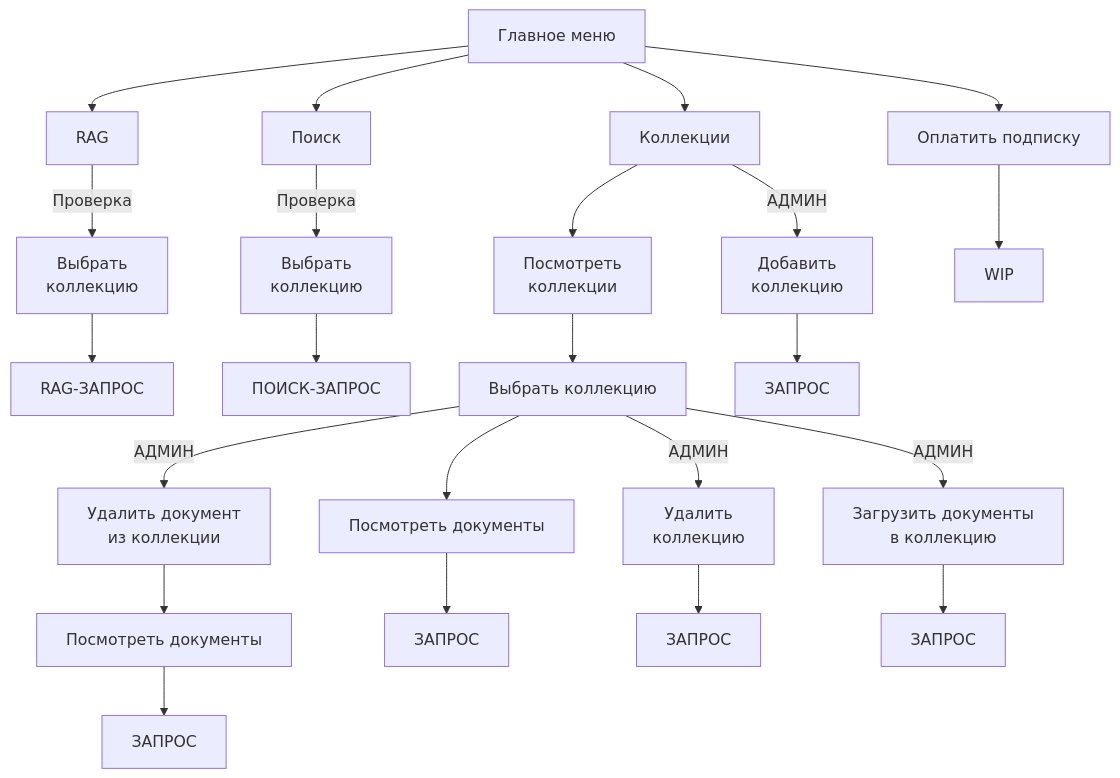
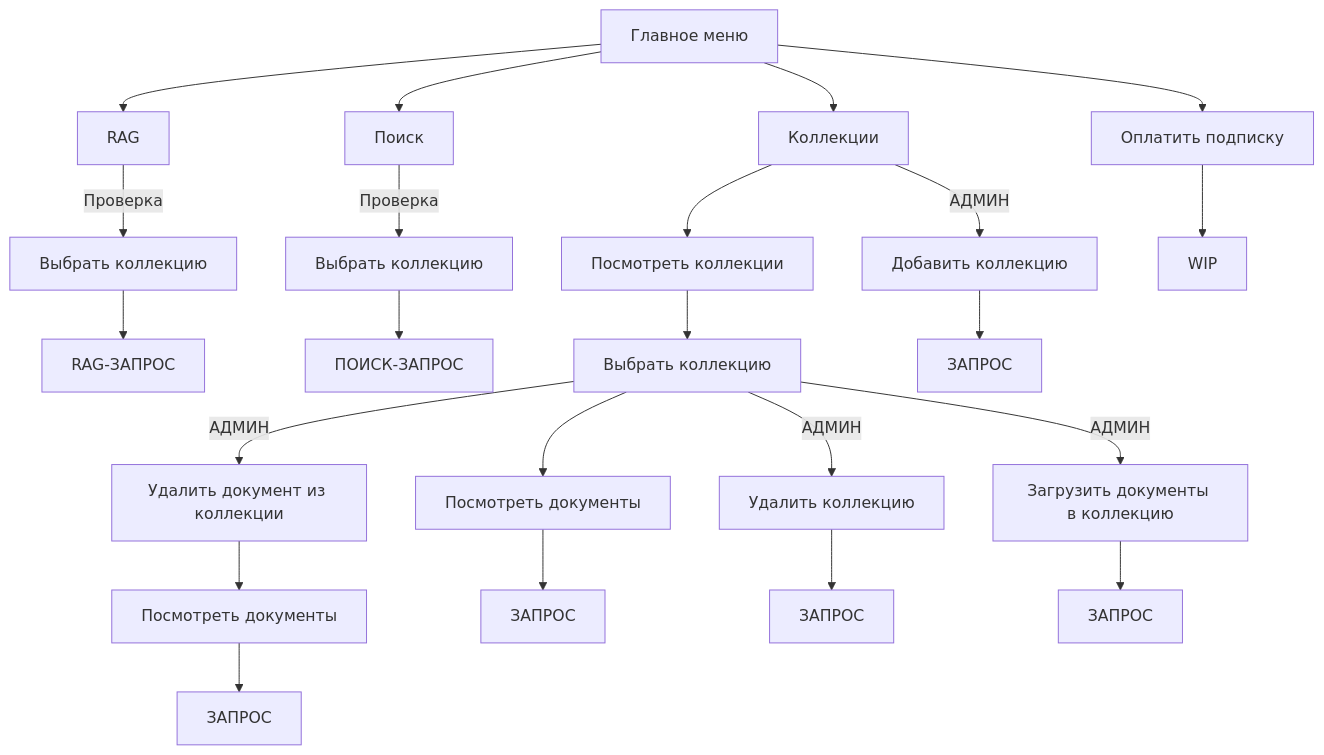
The diagram in docs/UserScheme.md (greathouseholder/final_project), drawn with Mermaid before and after one commit.

````diff
--- a/docs/UserScheme.md
+++ b/docs/UserScheme.md
@@ -5,25 +5,25 @@
 ```mermaid
 graph TD
   A[Главное меню] --> B[RAG]
-  B --> |Проверка| F[Выбрать\nколлекцию]
+  B --> |Проверка| F[Выбрать коллекцию]
   F --> G1[RAG-ЗАПРОС]
   A --> I[Поиск]
-  I --> |Проверка| J[Выбрать\nколлекцию]
+  I --> |Проверка| J[Выбрать коллекцию]
   J --> K[ПОИСК-ЗАПРОС]
   A --> L[Коллекции]
-  L --> M[Посмотреть\nколлекции]
+  L --> M[Посмотреть коллекции]
   M --> Z[Выбрать коллекцию]
-  L --> |АДМИН| N[Добавить\nколлекцию]
-  Z --> |АДМИН| O[Удалить\nколлекцию]
-  Z --> |АДМИН| P[Загрузить документы\nв коллекцию]
-  Z --> |АДМИН| Q[Удалить документ\nиз коллекции]
+  L --> |АДМИН| N[Добавить коллекцию]
+  Z --> |АДМИН| O[Удалить коллекцию]
+  Z --> |АДМИН| P[Загрузить документы в коллекцию]
+  Z --> |АДМИН| Q[Удалить документ из коллекции]
   Q --> R2.1[Посмотреть документы]
   Z --> R1.1[Посмотреть документы]
   R1.1 --> R1.2[ЗАПРОС]
   R2.1 --> R2.2[ЗАПРОС]
   N --> R2[ЗАПРОС]
   O --> R3[ЗАПРОС]
   P --> R4[ЗАПРОС]
   A --> S[Оплатить подписку]
   S --> T[WIP]  
 ```
````
